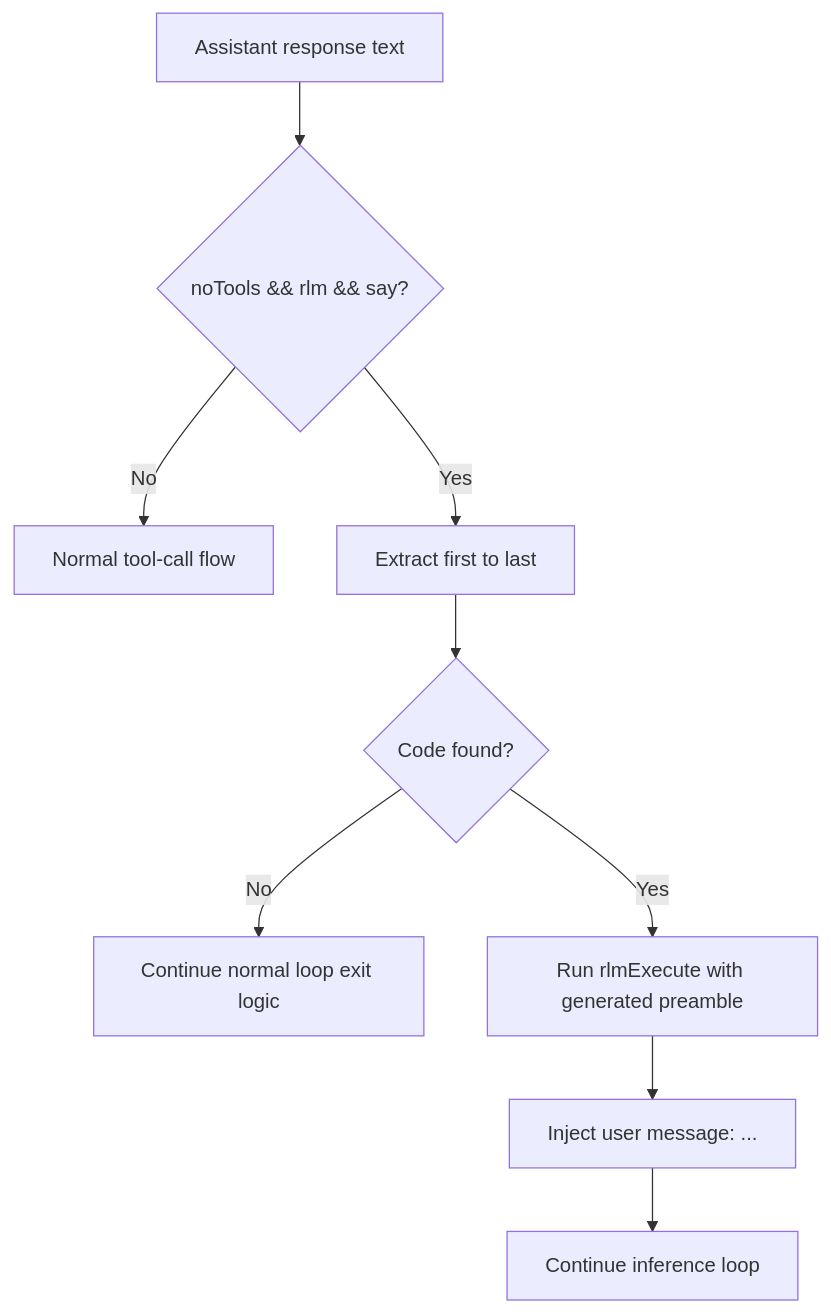
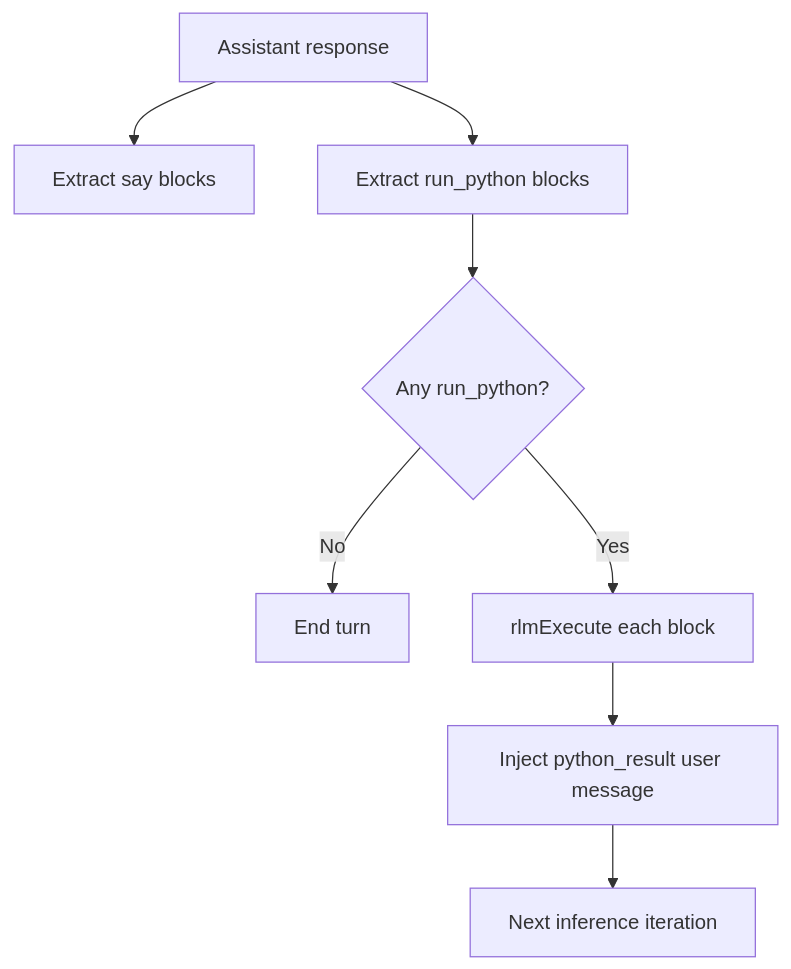
The diagram in doc/internals/features-config.md (ex3ndr/daycare), drawn with Mermaid before and after one commit. The commit also changed other lines of this file and 56 other files, not shown here.

````diff
--- a/doc/internals/features-config.md
+++ b/doc/internals/features-config.md
@@ -54,11 +13,10 @@
 ```mermaid
 flowchart TD
-  A[Assistant response text] --> B{noTools && rlm && say?}
-  B -->|No| C[Normal tool-call flow]
-  B -->|Yes| D[Extract first <run_python> to last </run_python>]
-  D --> E{Code found?}
-  E -->|No| F[Continue normal loop exit logic]
-  E -->|Yes| G[Run rlmExecute with generated preamble]
-  G --> H[Inject user message: <python_result>...</python_result>]
-  H --> I[Continue inference loop]
+  A[Assistant response] --> B[Extract say blocks]
+  A --> C[Extract run_python blocks]
+  C --> D{Any run_python?}
+  D -->|No| E[End turn]
+  D -->|Yes| F[rlmExecute each block]
+  F --> G[Inject python_result user message]
+  G --> H[Next inference iteration]
 ```
````
